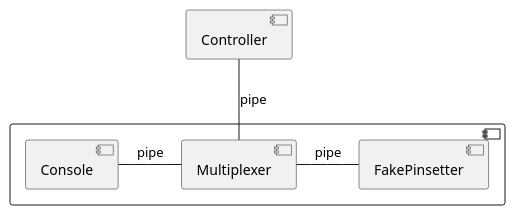
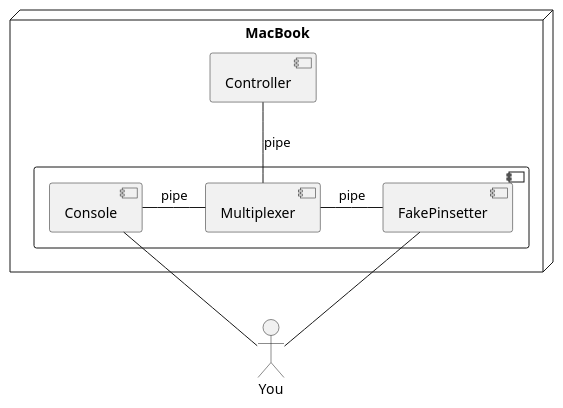
One commit to java-to-kotlin/kotlin-tdd-workshop changed the first of 4 diagrams in docs/protocols.md. Above: the diagram before and after it, drawn with PlantUML. The commit also changed other lines of this file, not shown here.

Commit message:
Simplify architecture diagrams

````diff
--- a/docs/protocols.md
+++ b/docs/protocols.md
@@ -7,15 +7,20 @@
 ```plantuml
-@startuml
-component {
-    component Console
-    component Multiplexer
-    component FakePinsetter
+node MacBook {
+    component {
+        
+        component Console
+        component Multiplexer
+        component FakePinsetter
+        
+        Console - Multiplexer : pipe
+        Multiplexer - FakePinsetter : pipe
+    }
     
-    Console - Multiplexer : pipe
-    Multiplexer - FakePinsetter : pipe
+    component Controller
+    Controller -- Multiplexer : pipe
 }
 
-component Controller
-Controller -- Multiplexer : pipe
-@enduml
+actor You
+You -u- Console
+You -u- FakePinsetter
 ```
````
